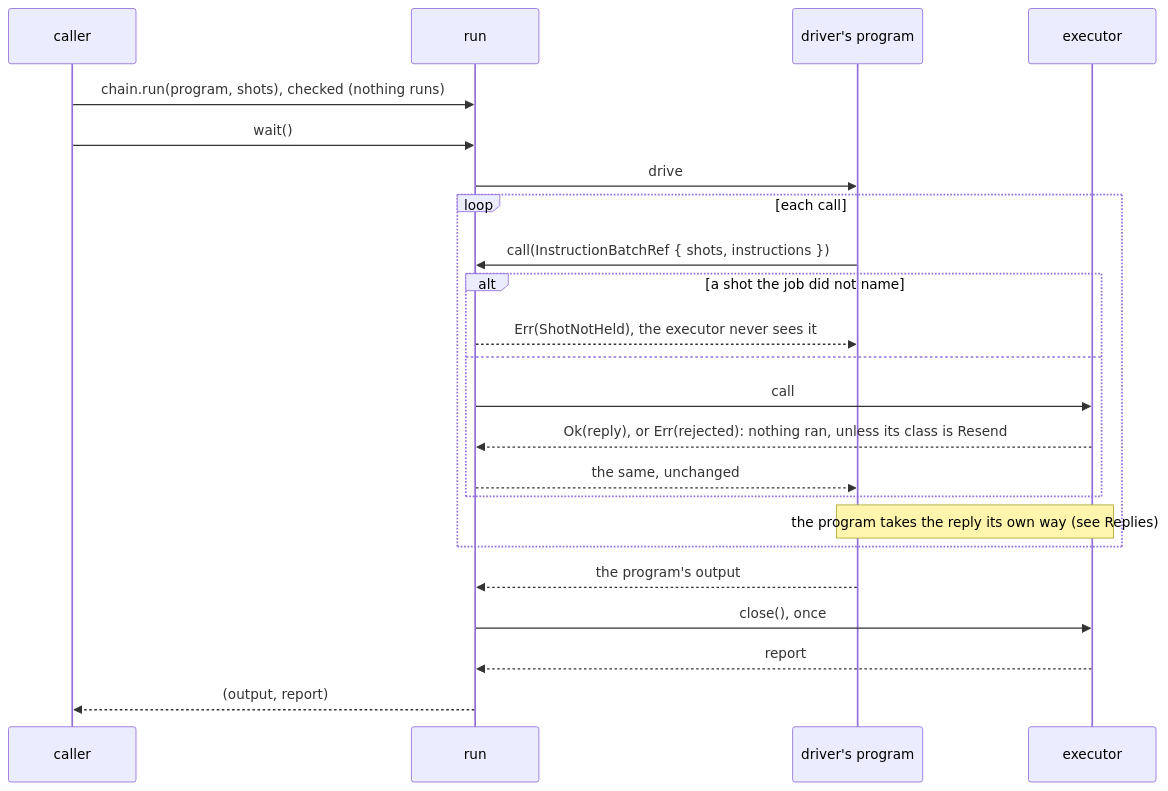
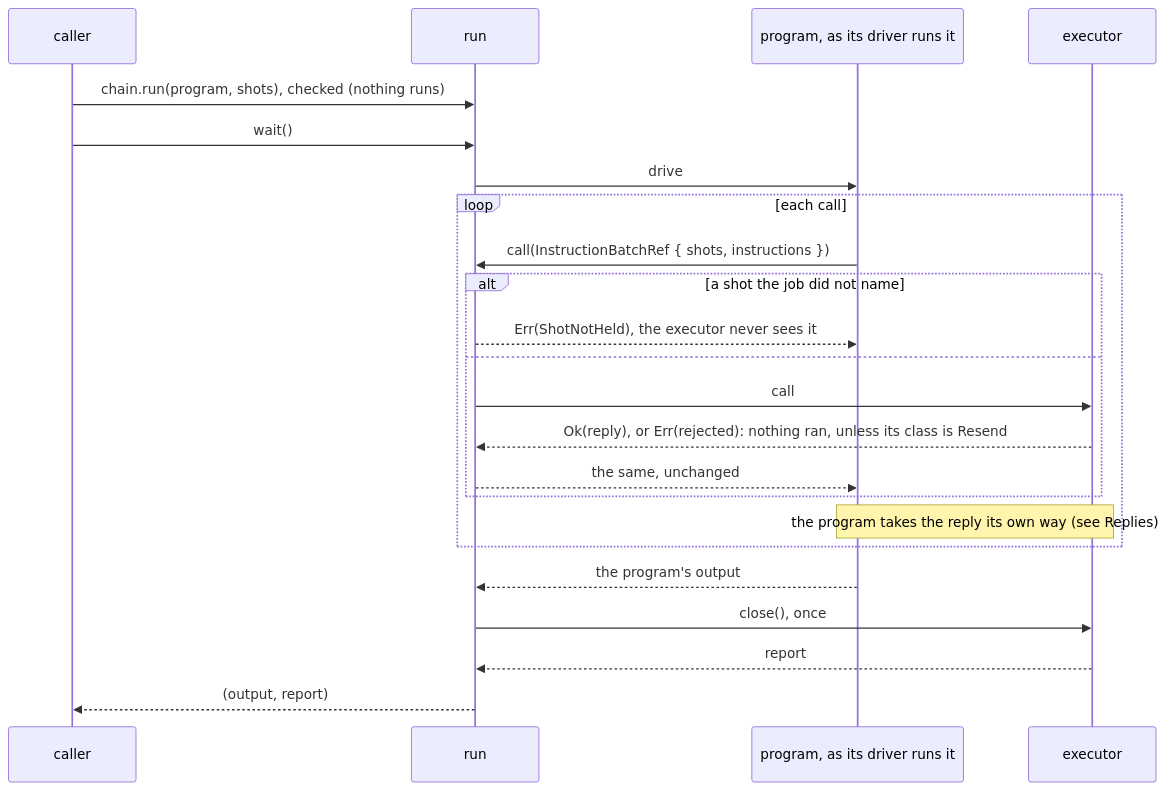
Before and after one commit to microsoft/qdk: the third of 3 diagrams in source/executor_protocol/docs/executors.md, drawn with Mermaid. The commit also changed other lines of this file and 64 other files, not shown here.

````diff
--- a/source/executor_protocol/docs/executors.md
+++ b/source/executor_protocol/docs/executors.md
@@ -348,25 +348,25 @@
 ```mermaid
 sequenceDiagram
   participant C as caller
   participant R as run
-  participant D as driver's program
+  participant D as program, as its driver runs it
   participant E as executor
   C->>R: chain.run(program, shots), checked (nothing runs)
   C->>R: wait()
   R->>D: drive
   loop each call
     D->>R: call(InstructionBatchRef { shots, instructions })
     alt a shot the job did not name
       R-->>D: Err(ShotNotHeld), the executor never sees it
     else
       R->>E: call
       E-->>R: Ok(reply), or Err(rejected): nothing ran, unless its class is Resend
       R-->>D: the same, unchanged
     end
     Note over D,E: the program takes the reply its own way (see Replies)
   end
   D-->>R: the program's output
   R->>E: close(), once
   E-->>R: report
   R-->>C: (output, report)
 ```
````
